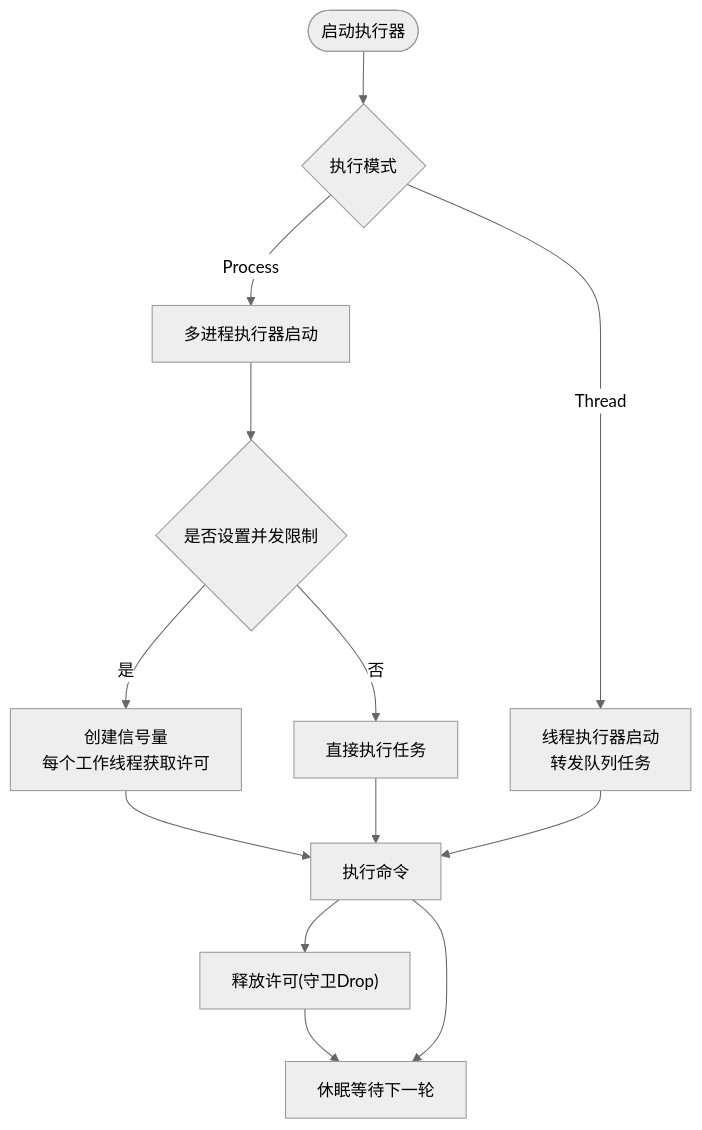
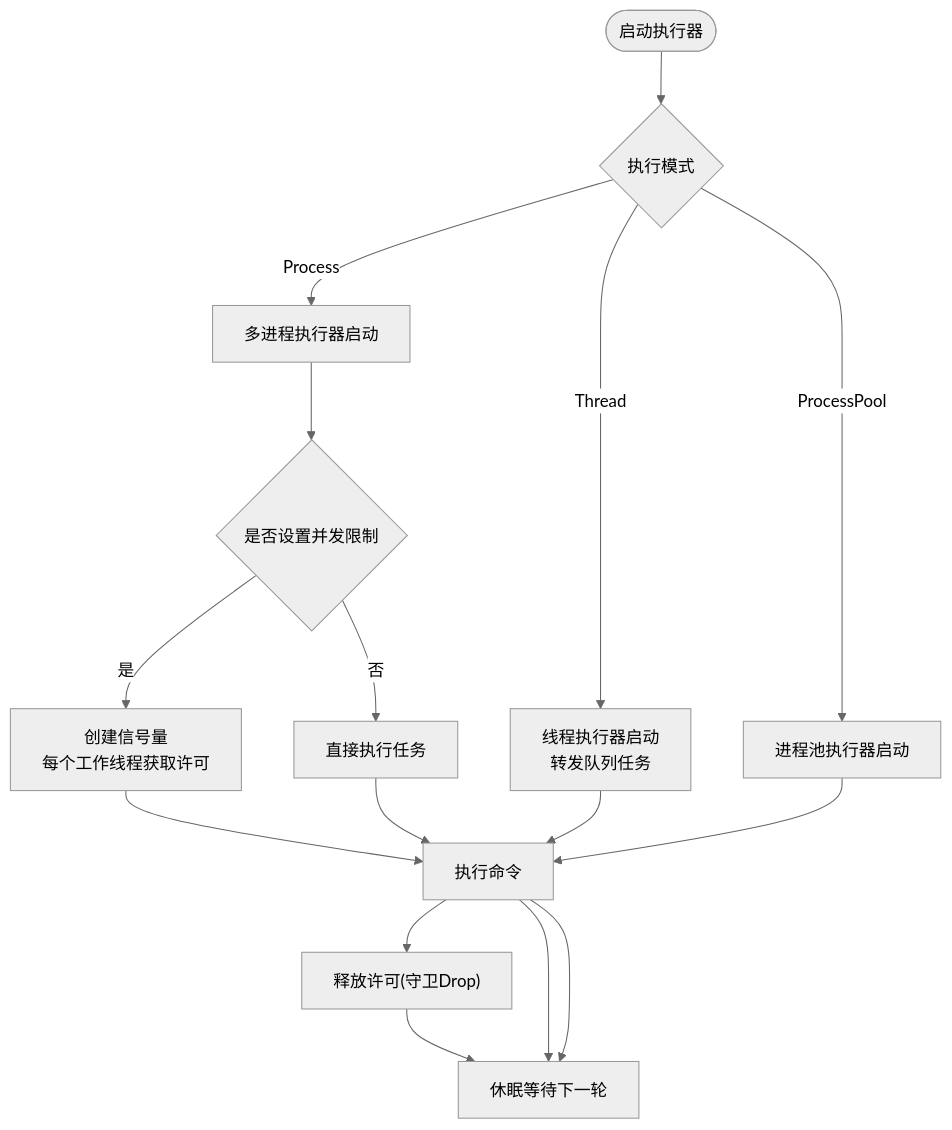
Before and after one commit to xcry2006/execute: the fifth of 10 diagrams in .qoder/repowiki/zh/content/并发控制机制.md, drawn with Mermaid (neutral theme). The commit also changed other lines of this file and 9 other files, not shown here.

````diff
--- a/.qoder/repowiki/zh/content/并发控制机制.md
+++ b/.qoder/repowiki/zh/content/并发控制机制.md
@@ -181,15 +236,18 @@
 ```mermaid
 flowchart TD
 Start(["启动执行器"]) --> Mode{"执行模式"}
 Mode --> |Thread| ThreadPath["线程执行器启动<br/>转发队列任务"]
 Mode --> |Process| ProcPath["多进程执行器启动"]
+Mode --> |ProcessPool| PoolPath["进程池执行器启动"]
 ProcPath --> Limit{"是否设置并发限制"}
 Limit --> |是| WithLimit["创建信号量<br/>每个工作线程获取许可"]
 Limit --> |否| NoLimit["直接执行任务"]
 WithLimit --> Exec["执行命令"]
 NoLimit --> Exec
 Exec --> Release["释放许可(守卫Drop)"]
 Release --> Sleep["休眠等待下一轮"]
 ThreadPath --> Exec
 Exec --> Sleep
+PoolPath --> Exec
+Exec --> Sleep
 ```
````
